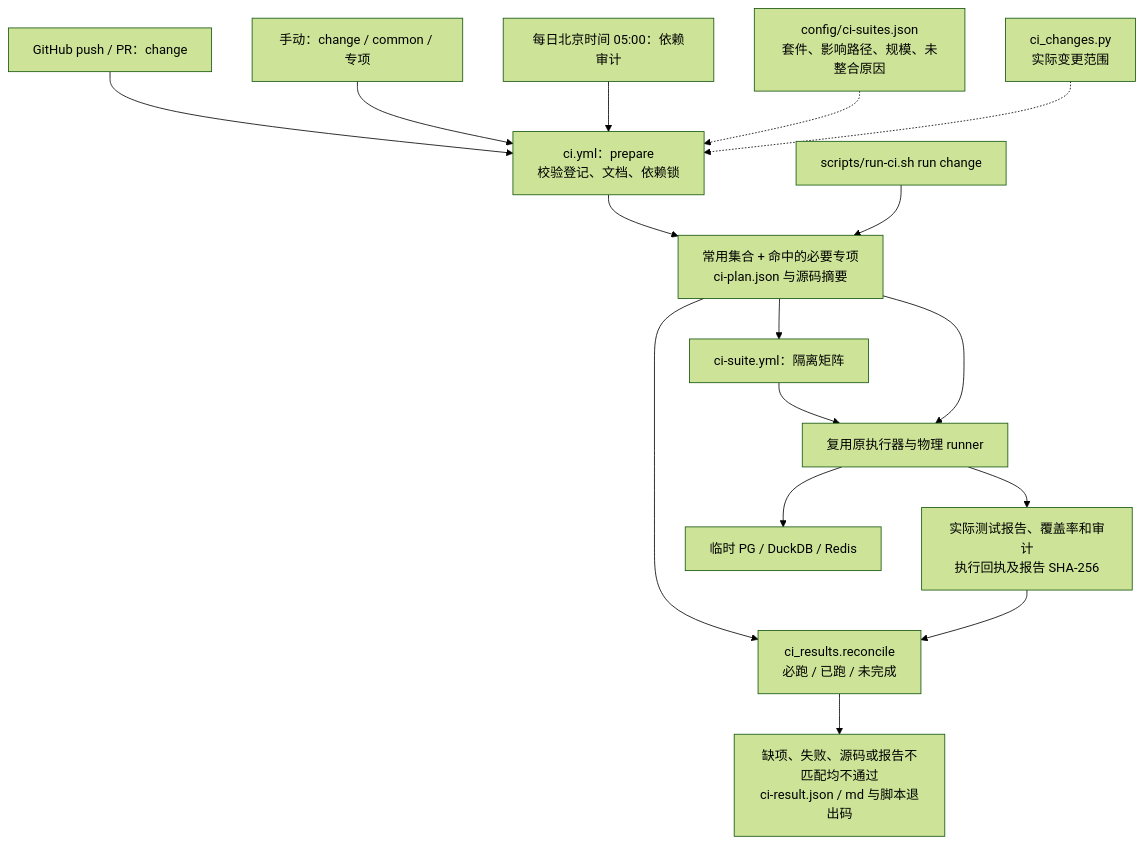
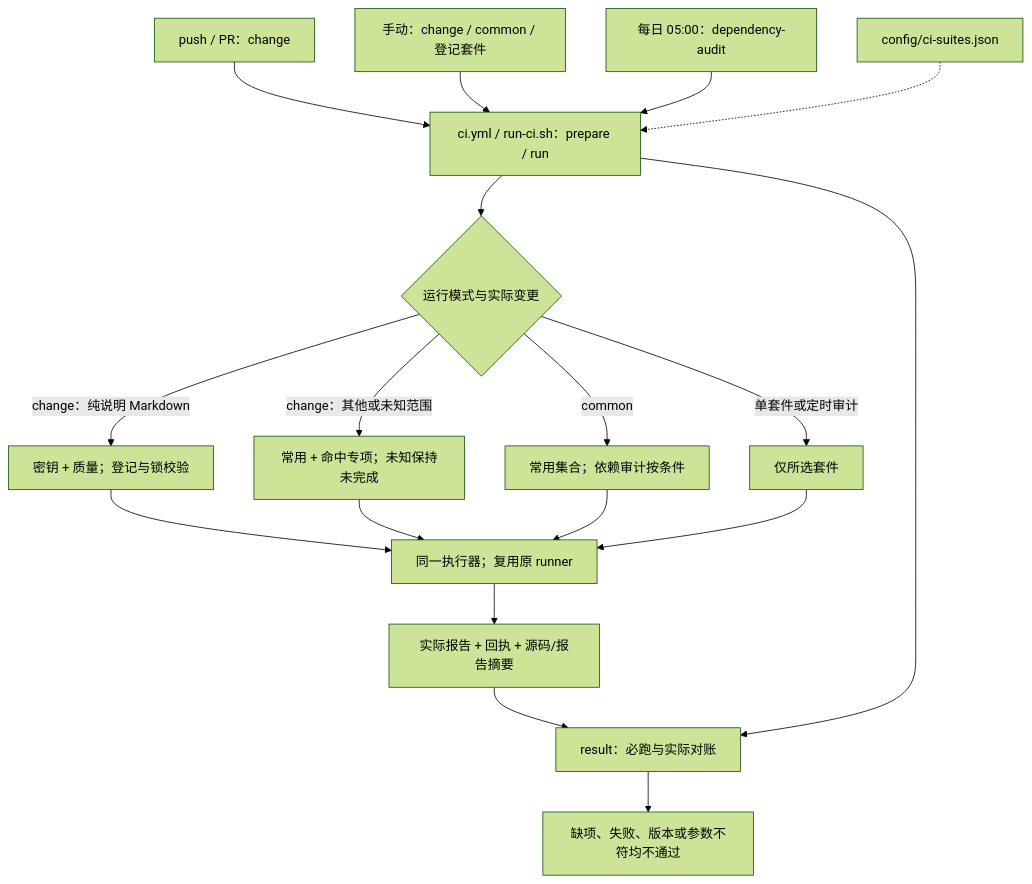
Before and after one commit to fulin-peng-ydxs/ai-stocks: the diagram in agent-works/architecture/continuous-integration.md, drawn with Mermaid (forest theme). The commit also changed other lines of this file and 13 other files, not shown here.

````diff
--- a/agent-works/architecture/continuous-integration.md
+++ b/agent-works/architecture/continuous-integration.md
@@ -104,18 +27,20 @@
-```mermaid
-flowchart TD
-  Push["GitHub push / PR：change"] --> Plan["ci.yml：prepare<br/>校验登记、文档、依赖锁"]
-  Manual["手动：change / common / 专项"] --> Plan
-  Daily["每日北京时间 05:00：依赖审计"] --> Plan
-  Registry["config/ci-suites.json<br/>套件、影响路径、规模、未整合原因"] -.-> Plan
-  Changes["ci_changes.py<br/>实际变更范围"] -.-> Plan
-  Plan --> Scope["常用集合 + 命中的必要专项<br/>ci-plan.json 与源码摘要"]
-  Scope --> Workflow["ci-suite.yml：隔离矩阵"]
-  Local["scripts/run-ci.sh run change"] --> Scope
-  Workflow --> Runner["复用原执行器与物理 runner"]
-  Scope --> Runner
-  Runner --> Reports["实际测试报告、覆盖率和审计<br/>执行回执及报告 SHA-256"]
-  Runner --> Storage["临时 PG / DuckDB / Redis"]
-  Scope --> Result["ci_results.reconcile<br/>必跑 / 已跑 / 未完成"]
-  Reports --> Result
-  Result --> Gate["缺项、失败、源码或报告不匹配均不通过<br/>ci-result.json / md 与脚本退出码"]
-```
+  ```mermaid
+  flowchart TD
+    Push["push / PR：change"] --> Plan["ci.yml / run-ci.sh：prepare / run"]
+    Manual["手动：change / common / 登记套件"] --> Plan
+    Daily["每日 05:00：dependency-audit"] --> Plan
+    Registry["config/ci-suites.json"] -.-> Plan
+    Plan --> Mode{"运行模式与实际变更"}
+    Mode -->|change：纯说明 Markdown| Light["密钥 + 质量；登记与锁校验"]
+    Mode -->|change：其他或未知范围| Change["常用 + 命中专项；未知保持未完成"]
+    Mode -->|common| Common["常用集合；依赖审计按条件"]
+    Mode -->|单套件或定时审计| Single["仅所选套件"]
+    Light --> Runner["同一执行器；复用原 runner"]
+    Change --> Runner
+    Common --> Runner
+    Single --> Runner
+    Runner --> Reports["实际报告 + 回执 + 源码/报告摘要"]
+    Reports --> Result["result：必跑与实际对账"]
+    Plan --> Result
+    Result --> Gate["缺项、失败、版本或参数不符均不通过"]
+  ```
````
